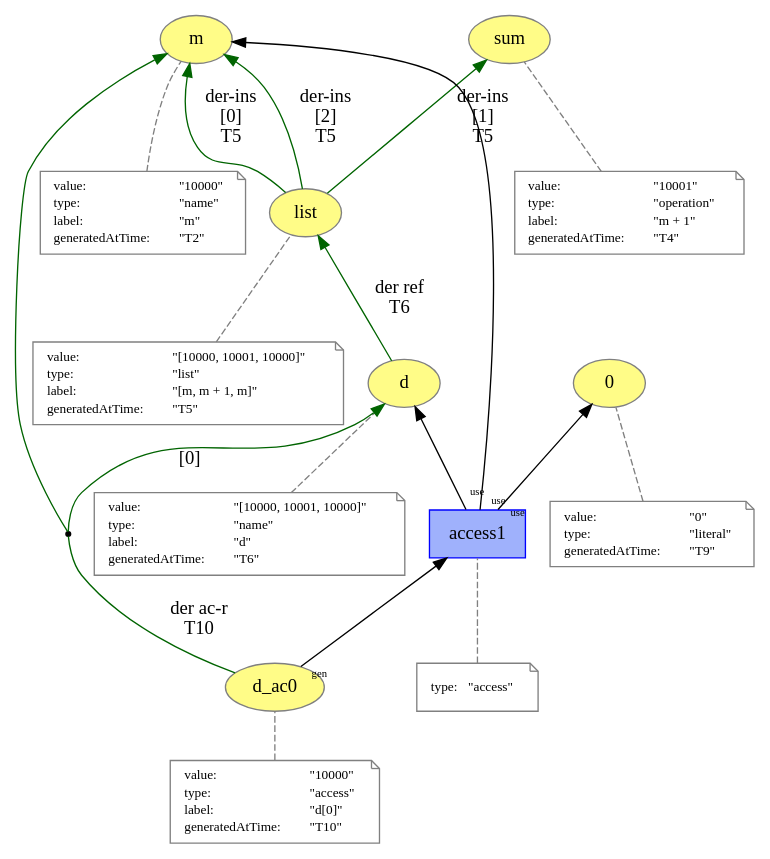
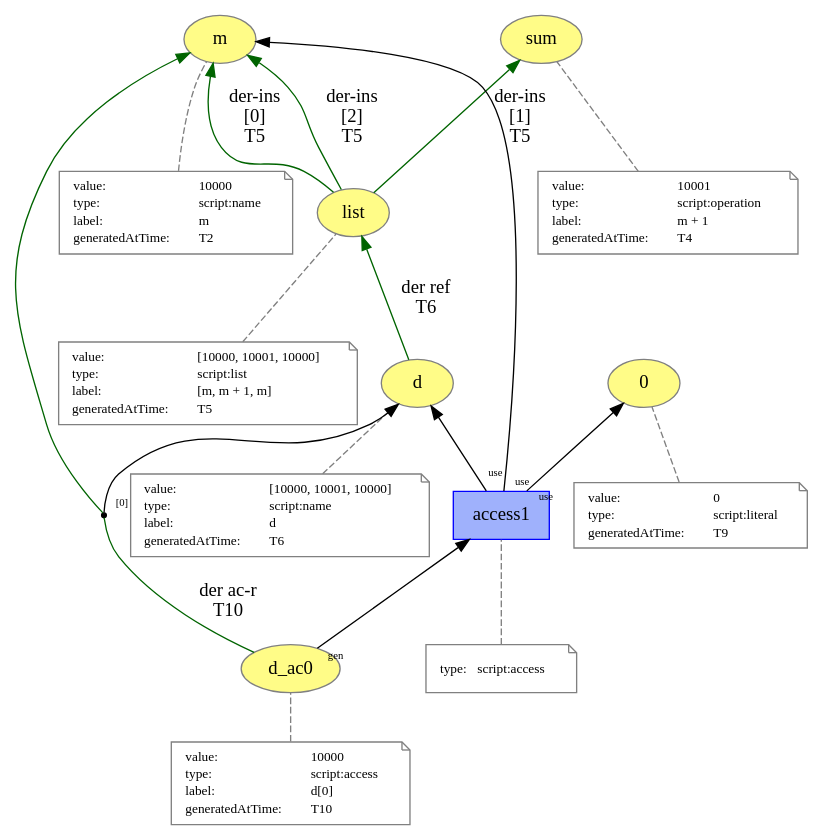
One commit to dew-uff/versioned-prov changed the diagram in images/versioned_prov/access.dot. Above: the diagram before and after it, drawn with Graphviz. The commit also changed 61 other files, not shown here.

```diff
--- a/images/versioned_prov/access.dot
+++ b/images/versioned_prov/access.dot
@@ -1,146 +1,146 @@
 digraph "PROV" { size="16,12"; rankdir="BT";
 "http://example.org/m" [fillcolor="#FFFC87",color="#808080",style="filled",label="m",URL="http://example.org/m"]
 "-attrs0" [color="gray",shape="note",fontsize="10",fontcolor="black",label=<<TABLE cellpadding="0" border="0">
 	<TR>
 	    <TD align="left">value:</TD>
-	    <TD align="left">&quot;10000&quot;</TD>
+	    <TD align="left">10000</TD>
 	</TR>
 	<TR>
 	    <TD align="left">type:</TD>
-	    <TD align="left">&quot;name&quot;</TD>
+	    <TD align="left">script:name</TD>
 	</TR>
 	<TR>
 	    <TD align="left">label:</TD>
-	    <TD align="left">&quot;m&quot;</TD>
+	    <TD align="left">m</TD>
 	</TR>
 	<TR>
 	    <TD align="left">generatedAtTime:</TD>
-	    <TD align="left">&quot;T2&quot;</TD>
+	    <TD align="left">T2</TD>
 	</TR>
 </TABLE>>]
 "-attrs0" -> "http://example.org/m" [color="gray",style="dashed",arrowhead="none"]
 "http://example.org/sum" [fillcolor="#FFFC87",color="#808080",style="filled",label="sum",URL="http://example.org/sum"]
 "-attrs1" [color="gray",shape="note",fontsize="10",fontcolor="black",label=<<TABLE cellpadding="0" border="0">
 	<TR>
 	    <TD align="left">value:</TD>
-	    <TD align="left">&quot;10001&quot;</TD>
+	    <TD align="left">10001</TD>
 	</TR>
 	<TR>
 	    <TD align="left">type:</TD>
-	    <TD align="left">&quot;operation&quot;</TD>
+	    <TD align="left">script:operation</TD>
 	</TR>
 	<TR>
 	    <TD align="left">label:</TD>
-	    <TD align="left">&quot;m + 1&quot;</TD>
+	    <TD align="left">m + 1</TD>
 	</TR>
 	<TR>
 	    <TD align="left">generatedAtTime:</TD>
-	    <TD align="left">&quot;T4&quot;</TD>
+	    <TD align="left">T4</TD>
 	</TR>
 </TABLE>>]
 "-attrs1" -> "http://example.org/sum" [color="gray",style="dashed",arrowhead="none"]
 "http://example.org/list" [fillcolor="#FFFC87",color="#808080",style="filled",label="list",URL="http://example.org/list"]
 "-attrs2" [color="gray",shape="note",fontsize="10",fontcolor="black",label=<<TABLE cellpadding="0" border="0">
 	<TR>
 	    <TD align="left">value:</TD>
-	    <TD align="left">&quot;[10000, 10001, 10000]&quot;</TD>
+	    <TD align="left">[10000, 10001, 10000]</TD>
 	</TR>
 	<TR>
 	    <TD align="left">type:</TD>
-	    <TD align="left">&quot;list&quot;</TD>
+	    <TD align="left">script:list</TD>
 	</TR>
 	<TR>
 	    <TD align="left">label:</TD>
-	    <TD align="left">&quot;[m, m + 1, m]&quot;</TD>
+	    <TD align="left">[m, m + 1, m]</TD>
 	</TR>
 	<TR>
 	    <TD align="left">generatedAtTime:</TD>
-	    <TD align="left">&quot;T5&quot;</TD>
+	    <TD align="left">T5</TD>
 	</TR>
 </TABLE>>]
 "-attrs2" -> "http://example.org/list" [color="gray",style="dashed",arrowhead="none"]
 "http://example.org/list" -> "http://example.org/m" [labelfontsize="8",labeldistance="1.5",color="darkgreen",labelangle="60.0",rotation="20",label="der-ins
 [0]
 T5"]
 "http://example.org/list" -> "http://example.org/sum" [labelfontsize="8",labeldistance="1.5",color="darkgreen",labelangle="60.0",rotation="20",label="der-ins
 [1]
 T5"]
 "http://example.org/list" -> "http://example.org/m" [labelfontsize="8",labeldistance="1.5",color="darkgreen",labelangle="60.0",rotation="20",label="der-ins
 [2]
 T5"]
 "http://example.org/d" [fillcolor="#FFFC87",color="#808080",style="filled",label="d",URL="http://example.org/d"]
 "-attrs3" [color="gray",shape="note",fontsize="10",fontcolor="black",label=<<TABLE cellpadding="0" border="0">
 	<TR>
 	    <TD align="left">value:</TD>
-	    <TD align="left">&quot;[10000, 10001, 10000]&quot;</TD>
+	    <TD align="left">[10000, 10001, 10000]</TD>
 	</TR>
 	<TR>
 	    <TD align="left">type:</TD>
-	    <TD align="left">&quot;name&quot;</TD>
+	    <TD align="left">script:name</TD>
 	</TR>
 	<TR>
 	    <TD align="left">label:</TD>
-	    <TD align="left">&quot;d&quot;</TD>
+	    <TD align="left">d</TD>
 	</TR>
 	<TR>
 	    <TD align="left">generatedAtTime:</TD>
-	    <TD align="left">&quot;T6&quot;</TD>
+	    <TD align="left">T6</TD>
 	</TR>
 </TABLE>>]
 "-attrs3" -> "http://example.org/d" [color="gray",style="dashed",arrowhead="none"]
 "http://example.org/d" -> "http://example.org/list" [labelfontsize="8",labeldistance="1.5",color="darkgreen",labelangle="60.0",rotation="20",label="der ref
 T6"]
 "http://example.org/0" [fillcolor="#FFFC87",color="#808080",style="filled",label="0",URL="http://example.org/0"]
 "-attrs4" [color="gray",shape="note",fontsize="10",fontcolor="black",label=<<TABLE cellpadding="0" border="0">
 	<TR>
 	    <TD align="left">value:</TD>
-	    <TD align="left">&quot;0&quot;</TD>
+	    <TD align="left">0</TD>
 	</TR>
 	<TR>
 	    <TD align="left">type:</TD>
-	    <TD align="left">&quot;literal&quot;</TD>
+	    <TD align="left">script:literal</TD>
 	</TR>
 	<TR>
 	    <TD align="left">generatedAtTime:</TD>
-	    <TD align="left">&quot;T9&quot;</TD>
+	    <TD align="left">T9</TD>
 	</TR>
 </TABLE>>]
 "-attrs4" -> "http://example.org/0" [color="gray",style="dashed",arrowhead="none"]
 "http://example.org/d_ac0" [fillcolor="#FFFC87",color="#808080",style="filled",label="d_ac0",URL="http://example.org/d_ac0"]
 "-attrs5" [color="gray",shape="note",fontsize="10",fontcolor="black",label=<<TABLE cellpadding="0" border="0">
 	<TR>
 	    <TD align="left">value:</TD>
-	    <TD align="left">&quot;10000&quot;</TD>
+	    <TD align="left">10000</TD>
 	</TR>
 	<TR>
 	    <TD align="left">type:</TD>
-	    <TD align="left">&quot;access&quot;</TD>
+	    <TD align="left">script:access</TD>
 	</TR>
 	<TR>
 	    <TD align="left">label:</TD>
-	    <TD align="left">&quot;d[0]&quot;</TD>
+	    <TD align="left">d[0]</TD>
 	</TR>
 	<TR>
 	    <TD align="left">generatedAtTime:</TD>
-	    <TD align="left">&quot;T10&quot;</TD>
+	    <TD align="left">T10</TD>
 	</TR>
 </TABLE>>]
 "-attrs5" -> "http://example.org/d_ac0" [color="gray",style="dashed",arrowhead="none"]
 "http://example.org/access1" [fillcolor="#9FB1FC",color="#0000FF",shape="polygon",sides="4",style="filled",label="access1",URL="http://example.org/access1"]
 "-attrs6" [color="gray",shape="note",fontsize="10",fontcolor="black",label=<<TABLE cellpadding="0" border="0">
 	<TR>
 	    <TD align="left">type:</TD>
-	    <TD align="left">&quot;access&quot;</TD>
+	    <TD align="left">script:access</TD>
 	</TR>
 </TABLE>>]
 "-attrs6" -> "http://example.org/access1" [color="gray",style="dashed",arrowhead="none"]
 "http://example.org/access1" -> "http://example.org/d" [labelfontsize="8",labeldistance="1.5",labelangle="60.0",rotation="20",taillabel="use"]
 "http://example.org/access1" -> "http://example.org/0" [labelfontsize="8",labeldistance="1.5",labelangle="60.0",rotation="20",taillabel="use"]
 "http://example.org/access1" -> "http://example.org/m" [labelfontsize="8",labeldistance="1.5",labelangle="60.0",rotation="20",taillabel="use"]
 "http://example.org/d_ac0" -> "http://example.org/access1" [labelfontsize="8",labeldistance="1.5",labelangle="60.0",rotation="20",taillabel="gen"]
 "bn0" [shape="point",label=""]
 "http://example.org/d_ac0" -> "bn0" [arrowhead="none",label="der ac-r
 T10",color="darkgreen"]
-"bn0" -> "http://example.org/d" [labelfontsize="8",labeldistance="1.5",color="darkgreen",labelangle="60.0",rotation="20",label="[0]"]
+"bn0" -> "http://example.org/d" [labelfontsize="8",labeldistance="1.5",labelangle="60.0",rotation="20",taillabel="[0]"]
 "bn0" -> "http://example.org/m" [color="darkgreen"]
 }
```
